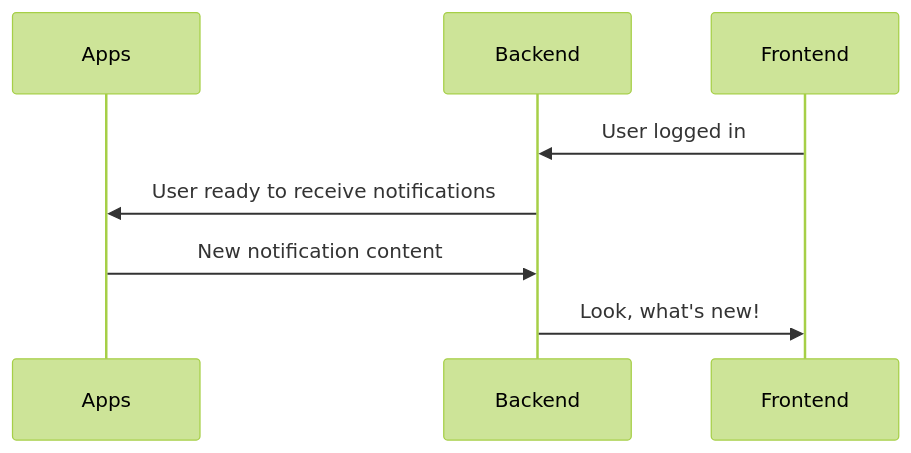
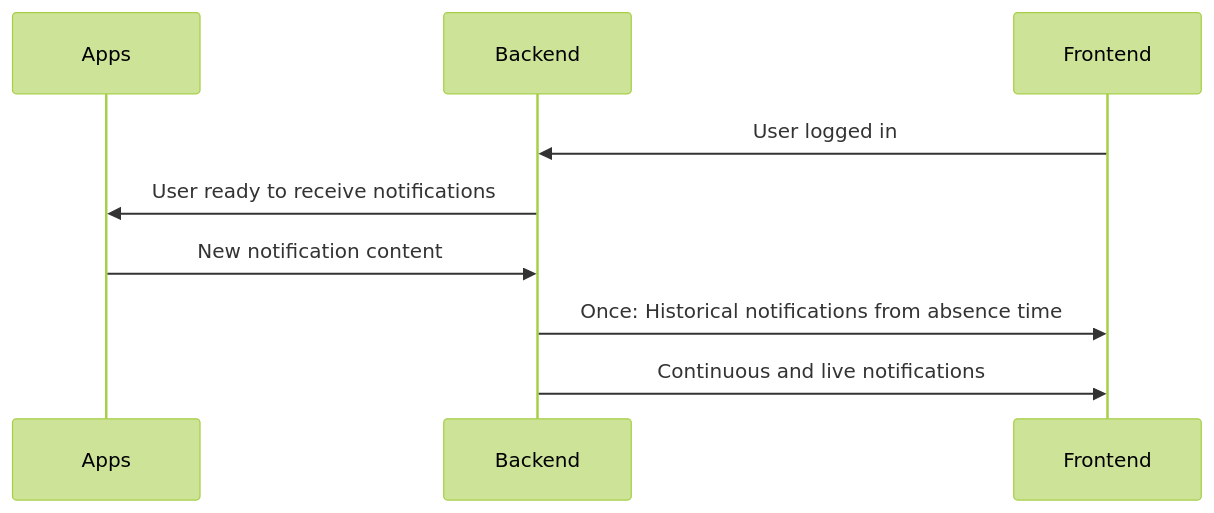
Before and after one commit to univention/univention-portal: the diagram in doc/concepts/notifications.sebastian.md, drawn with Mermaid (forest theme). The commit also changed other lines of this file, not shown here.

````diff
--- a/doc/concepts/notifications.sebastian.md
+++ b/doc/concepts/notifications.sebastian.md
@@ -7,12 +35,13 @@
 ```mermaid
 
 sequenceDiagram
     participant Apps
     participant Backend
     participant Frontend
     Frontend->>Backend: User logged in
     Backend->>Apps: User ready to receive notifications
     Apps->> Backend: New notification content
-    Backend->>Frontend: Look, what's new!
+    Backend->>Frontend:  Once: Historical notifications from absence time
+    Backend->>Frontend:  Continuous and live notifications
 
 ```
````
